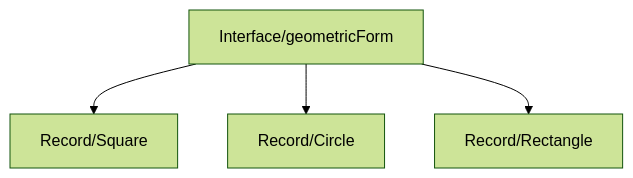
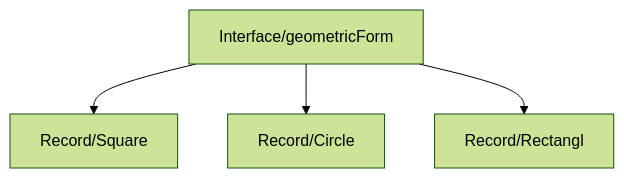
One commit to MathiasFilypeDev/exersiseJavaInterface changed the diagram in README.md. Above: the diagram before and after it, drawn with Mermaid (forest theme). The commit also changed other lines of this file, not shown here.

````diff
--- a/README.md
+++ b/README.md
@@ -32,6 +32,6 @@
 ```mermaid
 graph TD;
-  Interface/geometricForm-->Record/Square;
-  Interface/geometricForm-->Record/Circle;
-  Interface/geometricForm-->Record/Rectangle;
+  Interface/geometricForm-->Record/Square
+  Interface/geometricForm-->Record/Circle
+  Interface/geometricForm-->Record/Rectangl
 ```
````
